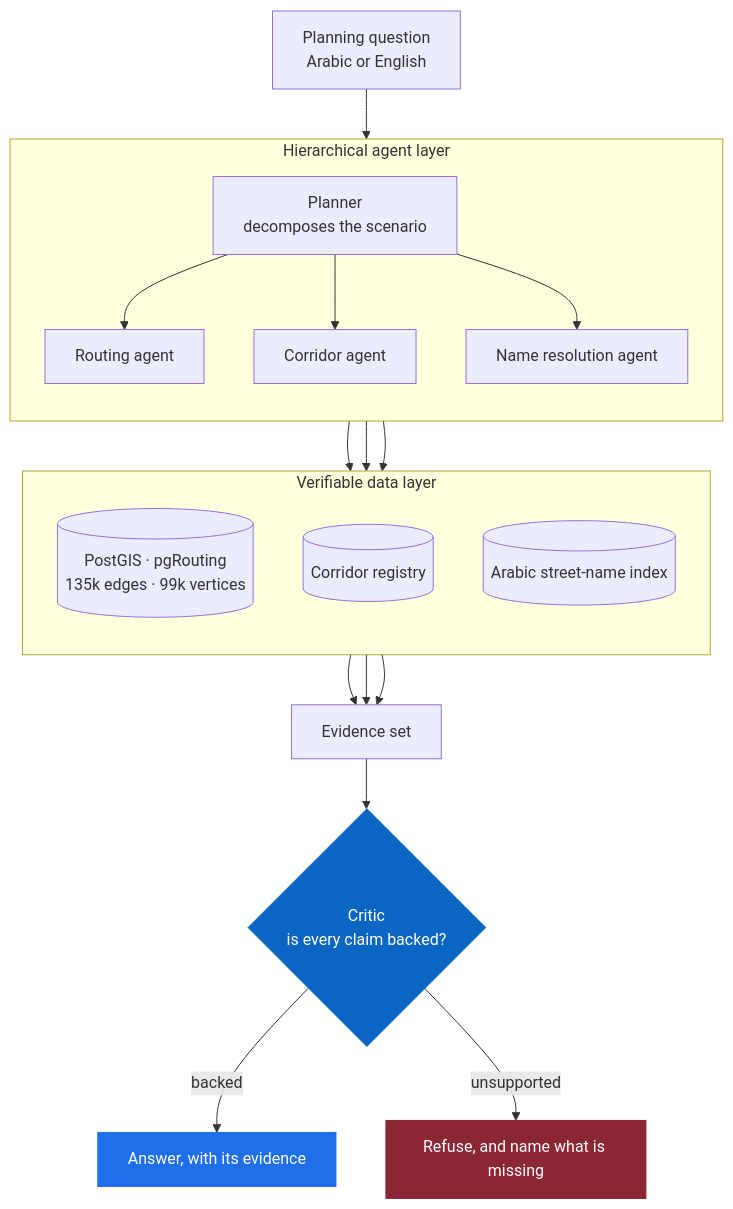
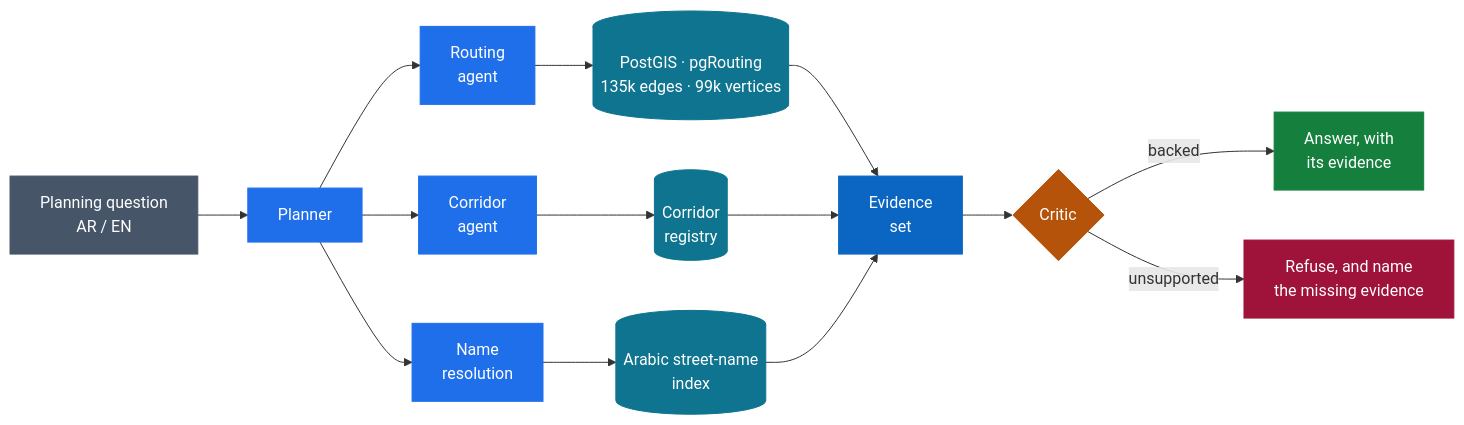
Before and after one commit to YAMANOE/YAMANOE: the diagram in README.md, drawn with Mermaid. The commit also changed other lines of this file and 2 other files, not shown here.

````diff
--- a/README.md
+++ b/README.md
@@ -34,38 +32,28 @@
 ```mermaid
-flowchart TB
-    Q["Planning question<br/>Arabic or English"] --> P
+flowchart LR
+    Q["Planning question<br/>AR / EN"]:::input --> P["Planner"]:::agent
 
-    subgraph AGENTS["Hierarchical agent layer"]
-      direction TB
-      P["Planner<br/>decomposes the scenario"]
-      P --> R["Routing agent"]
-      P --> C["Corridor agent"]
-      P --> N["Name resolution agent"]
-    end
+    P --> R["Routing<br/>agent"]:::agent
+    P --> C["Corridor<br/>agent"]:::agent
+    P --> N["Name<br/>resolution"]:::agent
 
-    subgraph DATA["Verifiable data layer"]
-      direction TB
-      G[("PostGIS · pgRouting<br/>135k edges · 99k vertices")]
-      REG[("Corridor registry")]
-      AR[("Arabic street-name index")]
-    end
+    R --> G[("PostGIS · pgRouting<br/>135k edges · 99k vertices")]:::store
+    C --> REG[("Corridor<br/>registry")]:::store
+    N --> AR[("Arabic street-name<br/>index")]:::store
 
-    R --> G
-    C --> REG
-    N --> AR
-
-    G --> E["Evidence set"]
+    G --> E["Evidence<br/>set"]:::evidence
     REG --> E
     AR --> E
 
-    E --> K{"Critic<br/>is every claim backed?"}
-    K -->|backed| A["Answer, with its evidence"]
-    K -->|unsupported| X["Refuse, and name what is missing"]
+    E --> K{"Critic"}:::gate
+    K -->|backed| A["Answer, with<br/>its evidence"]:::good
+    K -->|unsupported| X["Refuse, and name<br/>the missing evidence"]:::stop
 
-    classDef gate fill:#0A66C2,stroke:#0A66C2,color:#ffffff;
-    classDef stop fill:#8B2635,stroke:#8B2635,color:#ffffff;
-    classDef good fill:#1F6FEB,stroke:#1F6FEB,color:#ffffff;
-    class K gate;
-    class X stop;
-    class A good;
+    classDef input    fill:#475569,stroke:#475569,color:#ffffff;
+    classDef agent    fill:#1F6FEB,stroke:#1F6FEB,color:#ffffff;
+    classDef store    fill:#0E7490,stroke:#0E7490,color:#ffffff;
+    classDef evidence fill:#0A66C2,stroke:#0A66C2,color:#ffffff;
+    classDef gate     fill:#B45309,stroke:#B45309,color:#ffffff;
+    classDef good     fill:#15803D,stroke:#15803D,color:#ffffff;
+    classDef stop     fill:#9F1239,stroke:#9F1239,color:#ffffff;
 ```
````
